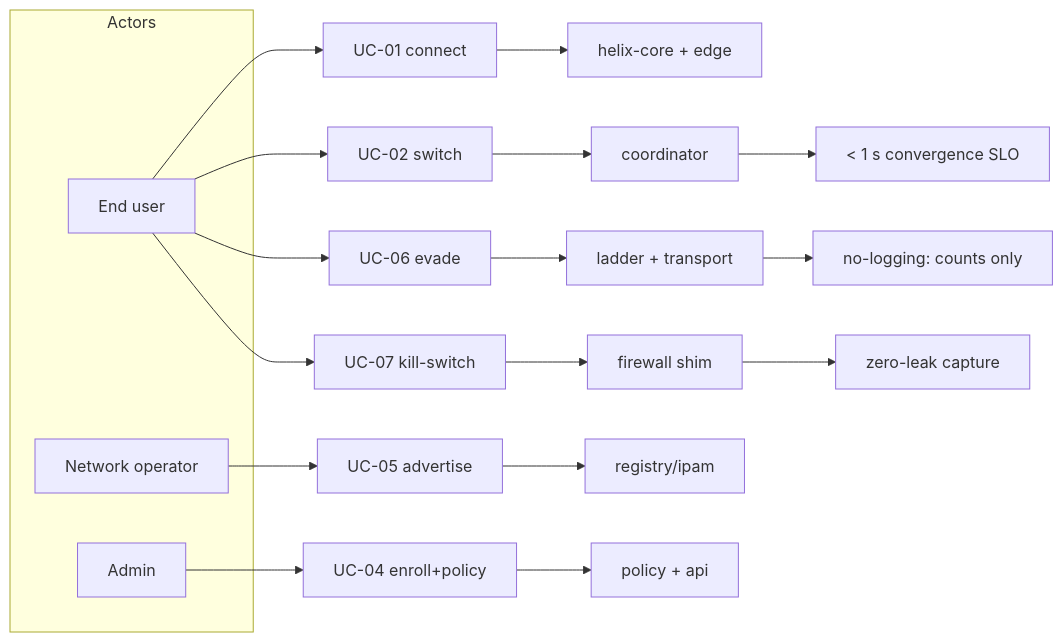
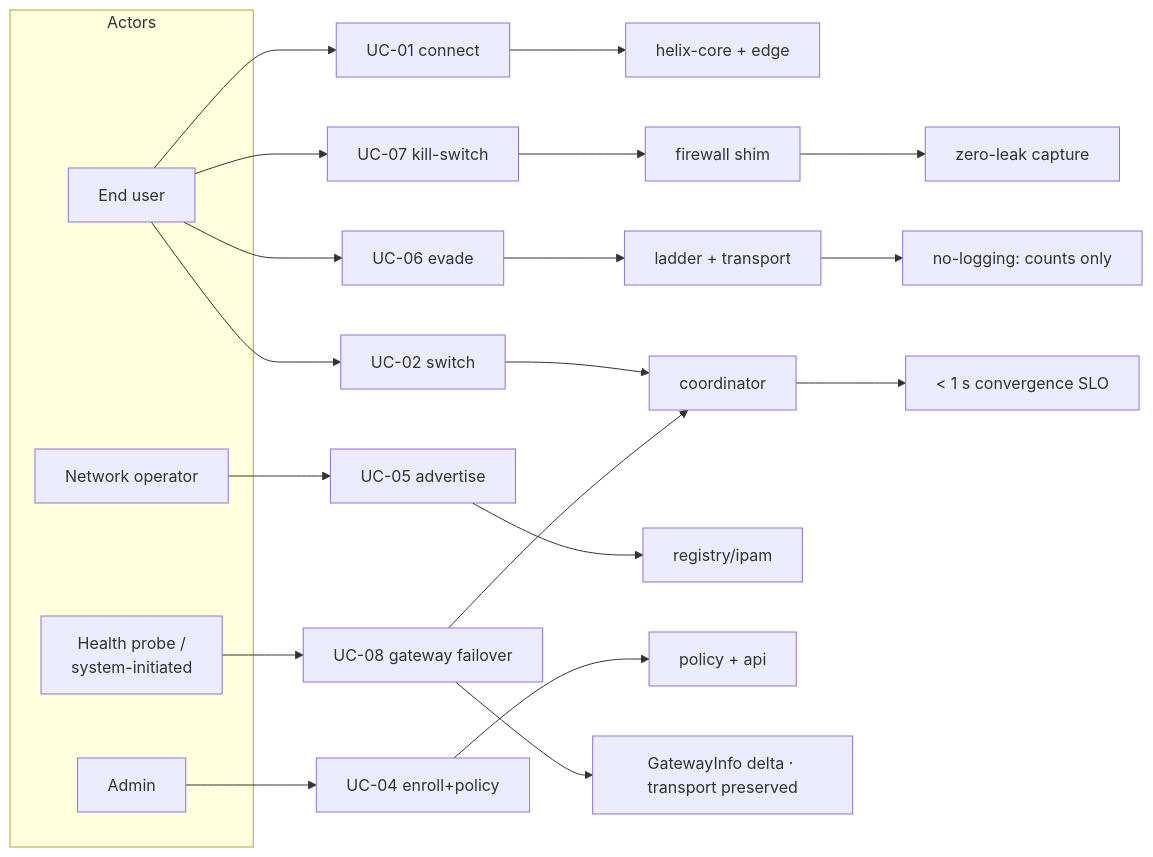
One commit to HelixDevelopment/helix_vpn changed the ninth of 9 diagrams in docs/research/mvp/final/v01-product/use-cases-and-journeys.md. Above: the diagram before and after it, drawn with Mermaid. The commit also changed other lines of this file and 681 other files, not shown here.

````diff
--- a/docs/research/mvp/final/v01-product/use-cases-and-journeys.md
+++ b/docs/research/mvp/final/v01-product/use-cases-and-journeys.md
@@ -437,17 +521,20 @@
 ```mermaid
 flowchart LR
   subgraph Actors
     EU[End user]
     OP[Network operator]
     AD[Admin]
+    SYS[Health probe /<br/>system-initiated]
   end
   EU --> UC01[UC-01 connect] --> CORE[helix-core + edge]
   EU --> UC02[UC-02 switch] --> COORD[coordinator]
   EU --> UC06[UC-06 evade] --> LAD[ladder + transport]
   EU --> UC07[UC-07 kill-switch] --> FW[firewall shim]
   OP --> UC05[UC-05 advertise] --> REG[registry/ipam]
   AD --> UC04[UC-04 enroll+policy] --> POL[policy + api]
+  SYS --> UC08[UC-08 gateway failover] --> COORD
   COORD --> SLO[< 1 s convergence SLO]
   LAD --> NL[no-logging: counts only]
   FW --> LEAK[zero-leak capture]
+  UC08 --> GWI[GatewayInfo delta · transport preserved]
 ```
````
